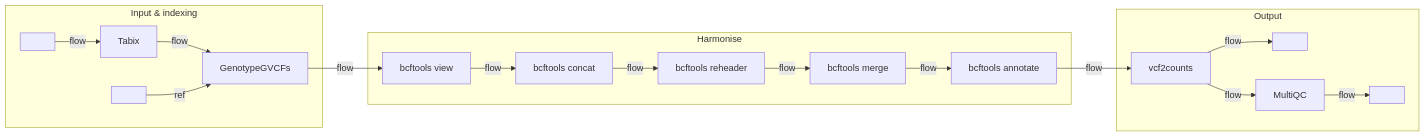
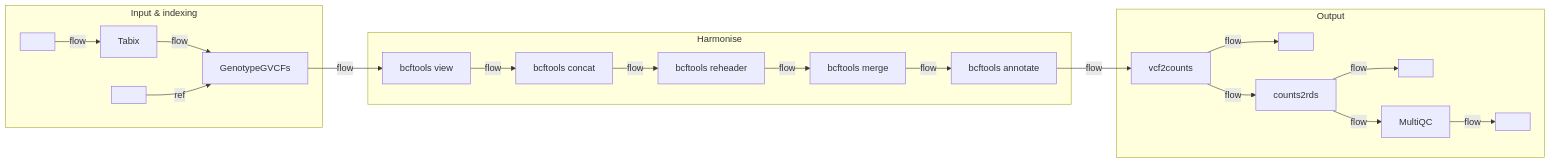
The diagram in docs/images/vcftocounts_metro.mmd (qbic-pipelines/vcftocounts), drawn with Mermaid before and after one commit. The commit also changed 2 other files, not shown here.

Commit message:
add metro

```diff
--- a/docs/images/vcftocounts_metro.mmd
+++ b/docs/images/vcftocounts_metro.mmd
@@ -1,97 +1,104 @@
 %%metro title: qbic-pipelines/vcftocounts
 %%metro style: nfcore
 %%metro legend: br
 %%metro line_order: definition
 %%metro x_spacing: 84
 %%metro grid: input | 0,0
 %%metro grid: harmonise | 1,0
 %%metro grid: output | 2,0
 
 %%metro file: vcf_in | VCF | Called variants
 %%metro file: ref_fasta | FASTA | Reference
-%%metro file: csv_out | CSV | Count matrix
+%%metro file: csv_out | CSV | Per-sample counts
+%%metro file: rds_out | RDS | Merged count matrix
 %%metro file: report_out | HTML | MultiQC
 
 %%metro line: flow | VCF pipeline | #0570b0
 %%metro line: ref | Reference (gVCF only) | #8a8a8a | dashed | inactive
 
 %%metro off_track: vcf_in, ref_fasta
 
 %%metro marker: bgziptabix | circle, open
 %%metro marker: genotypegvcfs | circle, open
 %%metro marker: ref_fasta | square, open
 %%metro marker: bf_view | square, open
 %%metro marker: concat | circle, open
 %%metro marker: reheader | square, open
 %%metro marker: merge | circle, open
 %%metro marker: annotate | square, open
 %%metro marker: vcf2counts | circle, closed | #0570b0
+%%metro marker: counts2rds | circle, closed | #0570b0
 %%metro marker: multiqc | circle, closed | #0570b0
 
 %%metro group: no index | bgziptabix | below
 %%metro group: gVCF only | genotypegvcfs | below
 %%metro group: --filter | bf_view | below
 %%metro group: --rename | reheader | below
 %%metro group: --removeIDs | annotate | below
 
 %%metro marker_legend: circle, open | Runs when applicable
 %%metro marker_legend: square, open | Runs when flag is set
 %%metro marker_legend: circle, closed | Runs always
 
 %%metro process_scope: QBICPIPELINES_VCFTOCOUNTS
 %%metro process: bgziptabix | VCFTOCOUNTS:HTSLIB_BGZIPTABIX
 %%metro process: genotypegvcfs | VCFTOCOUNTS:GATK4_GENOTYPEGVCFS
 %%metro process: bf_view | VCFTOCOUNTS:BCFTOOLS_VIEW
 %%metro process: concat | VCFTOCOUNTS:BCFTOOLS_CONCAT
 %%metro process: reheader | VCFTOCOUNTS:BCFTOOLS_REHEADER
 %%metro process: merge | VCFTOCOUNTS:BCFTOOLS_MERGE
 %%metro process: annotate | VCFTOCOUNTS:BCFTOOLS_ANNOTATE
 %%metro process: vcf2counts | VCFTOCOUNTS:VCF2COUNTS
+%%metro process: counts2rds | VCFTOCOUNTS:COUNTS2RDS
 %%metro process: multiqc | VCFTOCOUNTS:MULTIQC
 
 graph LR
     subgraph input [Input & indexing]
         %%metro number: 1
         %%metro exit: right | flow
         vcf_in[ ]
         bgziptabix[Tabix]
         ref_fasta[ ]
         genotypegvcfs[GenotypeGVCFs]
 
         vcf_in -->|flow| bgziptabix
         bgziptabix -->|flow| genotypegvcfs
         ref_fasta -->|ref| genotypegvcfs
     end
 
     subgraph harmonise [Harmonise]
         %%metro number: 2
         %%metro entry: left | flow
         %%metro exit: right | flow
         bf_view[bcftools view]
         concat[bcftools concat]
         reheader[bcftools reheader]
         merge[bcftools merge]
         annotate[bcftools annotate]
 
         bf_view -->|flow| concat
         concat -->|flow| reheader
         reheader -->|flow| merge
         merge -->|flow| annotate
     end
 
     subgraph output [Output]
         %%metro number: 3
         %%metro entry: left | flow
         vcf2counts[vcf2counts]
         csv_out[ ]
+        counts2rds[counts2rds]
+        rds_out[ ]
         multiqc[MultiQC]
         report_out[ ]
 
         vcf2counts -->|flow| csv_out
-        vcf2counts -->|flow| multiqc
+        vcf2counts -->|flow| counts2rds
+        counts2rds -->|flow| rds_out
+        counts2rds -->|flow| multiqc
         multiqc -->|flow| report_out
     end
 
     %% Inter-section edges
     genotypegvcfs -->|flow| bf_view
     annotate -->|flow| vcf2counts
```
